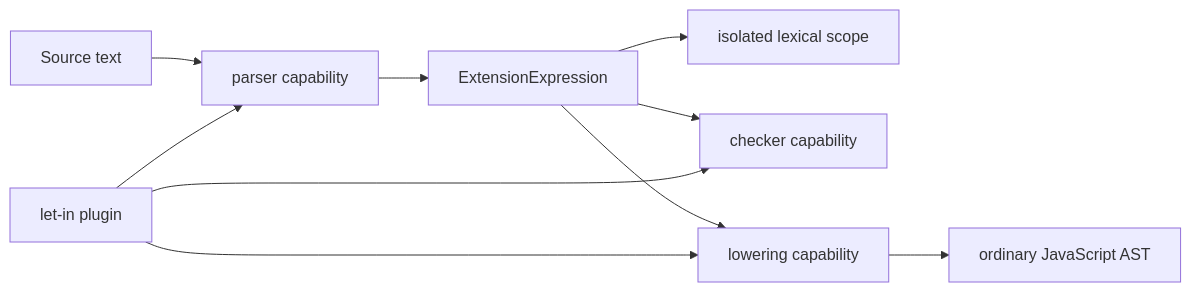
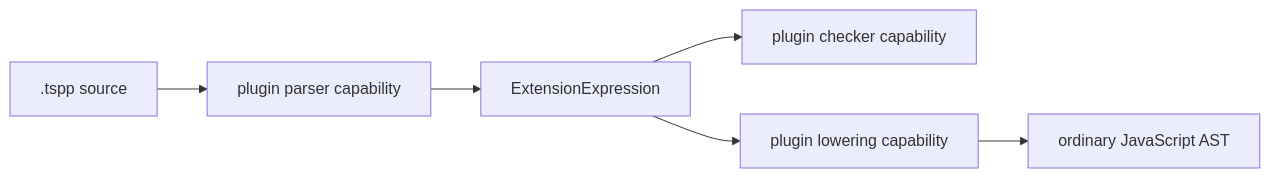
One commit to tspp-lang/tspp changed the second of 2 diagrams in docs/plugin-framework.md. Above: the diagram before and after it, drawn with Mermaid. The commit also changed other lines of this file and 31 other files, not shown here.

````diff
--- a/docs/plugin-framework.md
+++ b/docs/plugin-framework.md
@@ -45,13 +79,8 @@
 ```mermaid
 flowchart LR
-    Source[Source text] --> Parse[parser capability]
+    Source[.tspp source] --> Parse[plugin parser capability]
     Parse --> Envelope[ExtensionExpression]
-    Envelope --> Scope[isolated lexical scope]
-    Envelope --> Check[checker capability]
-    Envelope --> Lower[lowering capability]
+    Envelope --> Check[plugin checker capability]
+    Envelope --> Lower[plugin lowering capability]
     Lower --> JS[ordinary JavaScript AST]
-
-    Plugin[let-in plugin] --> Parse
-    Plugin --> Check
-    Plugin --> Lower
 ```
````
